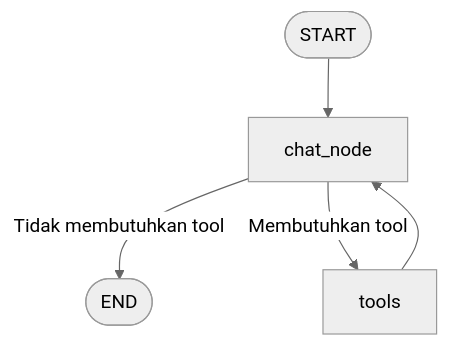
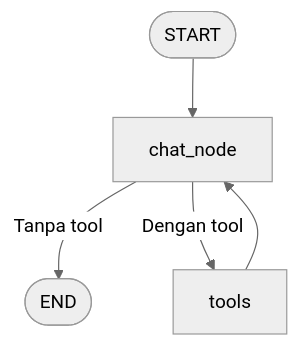
Before and after one commit to taufiq26127/agentic-chatbot: the diagram in README.md, drawn with Mermaid (neutral theme). The commit also changed other lines of this file and 5 other files, not shown here.

````diff
--- a/README.md
+++ b/README.md
@@ -63,7 +37,7 @@
 ```mermaid
 flowchart TD
     A([START]) --> B[chat_node]
-    B -->|Tidak membutuhkan tool| C([END])
-    B -->|Membutuhkan tool| D[tools]
+    B -->|Tanpa tool| C([END])
+    B -->|Dengan tool| D[tools]
     D --> B
 ```
````
